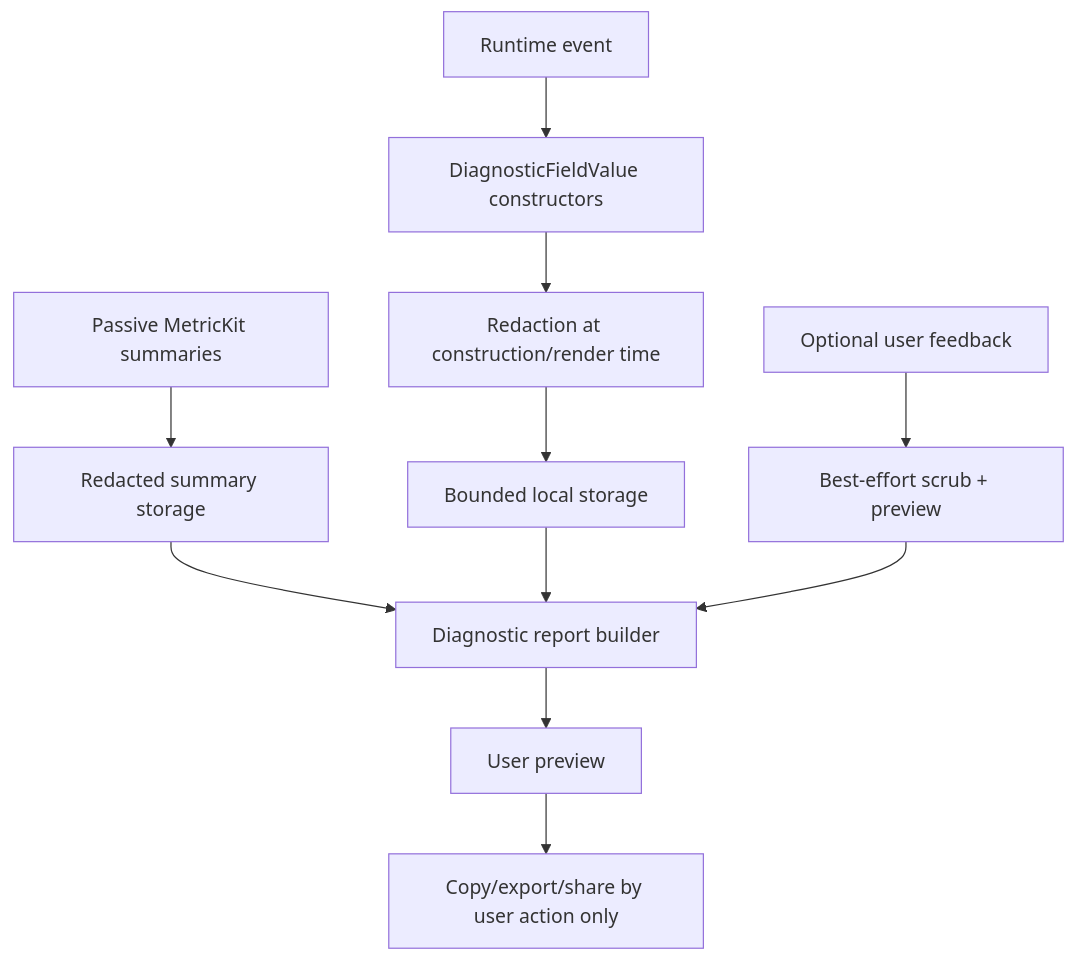
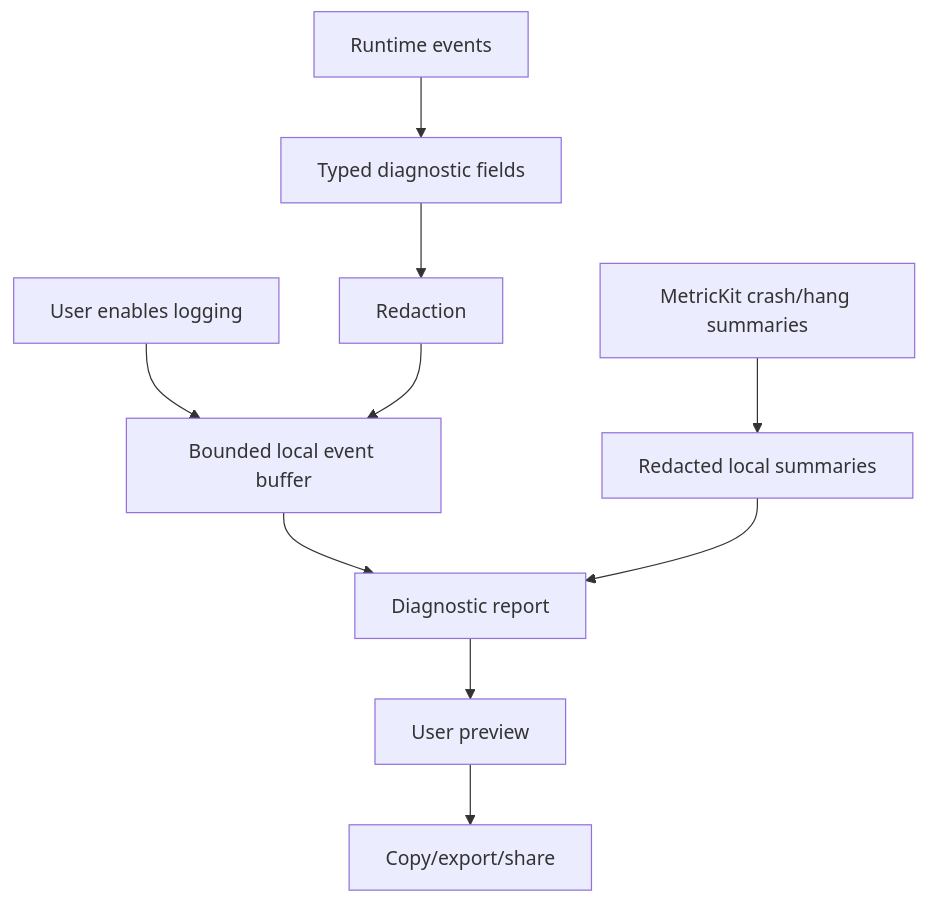
One commit to jlipworth/Labstream changed the diagram in docs/DIAGNOSTICS-PRIVACY.md. Above: the diagram before and after it, drawn with Mermaid. The commit also changed other lines of this file and 20 other files, not shown here.

````diff
--- a/docs/DIAGNOSTICS-PRIVACY.md
+++ b/docs/DIAGNOSTICS-PRIVACY.md
@@ -27,16 +5,12 @@
 ```mermaid
 flowchart TD
-  Event[Runtime event] --> Fields[DiagnosticFieldValue constructors]
-  Fields --> Redact[Redaction at construction/render time]
-  Redact --> Ring[Bounded local storage]
-
-  MetricKit[Passive MetricKit summaries] --> MXRedact[Redacted summary storage]
+  Toggle[User enables logging] --> Ring[Bounded local event buffer]
+  Runtime[Runtime events] --> Fields[Typed diagnostic fields]
+  Fields --> Redactor[Redaction]
+  Redactor --> Ring
+  MetricKit[MetricKit crash/hang summaries] --> MXRedact[Redacted local summaries]
+  Ring --> Report[Diagnostic report]
   MXRedact --> Report
-
-  Ring --> Report[Diagnostic report builder]
-  UserText[Optional user feedback] --> Scrub[Best-effort scrub + preview]
-  Scrub --> Report
-
   Report --> Preview[User preview]
-  Preview --> Export[Copy/export/share by user action only]
+  Preview --> Copy[Copy/export/share]
 ```
````
